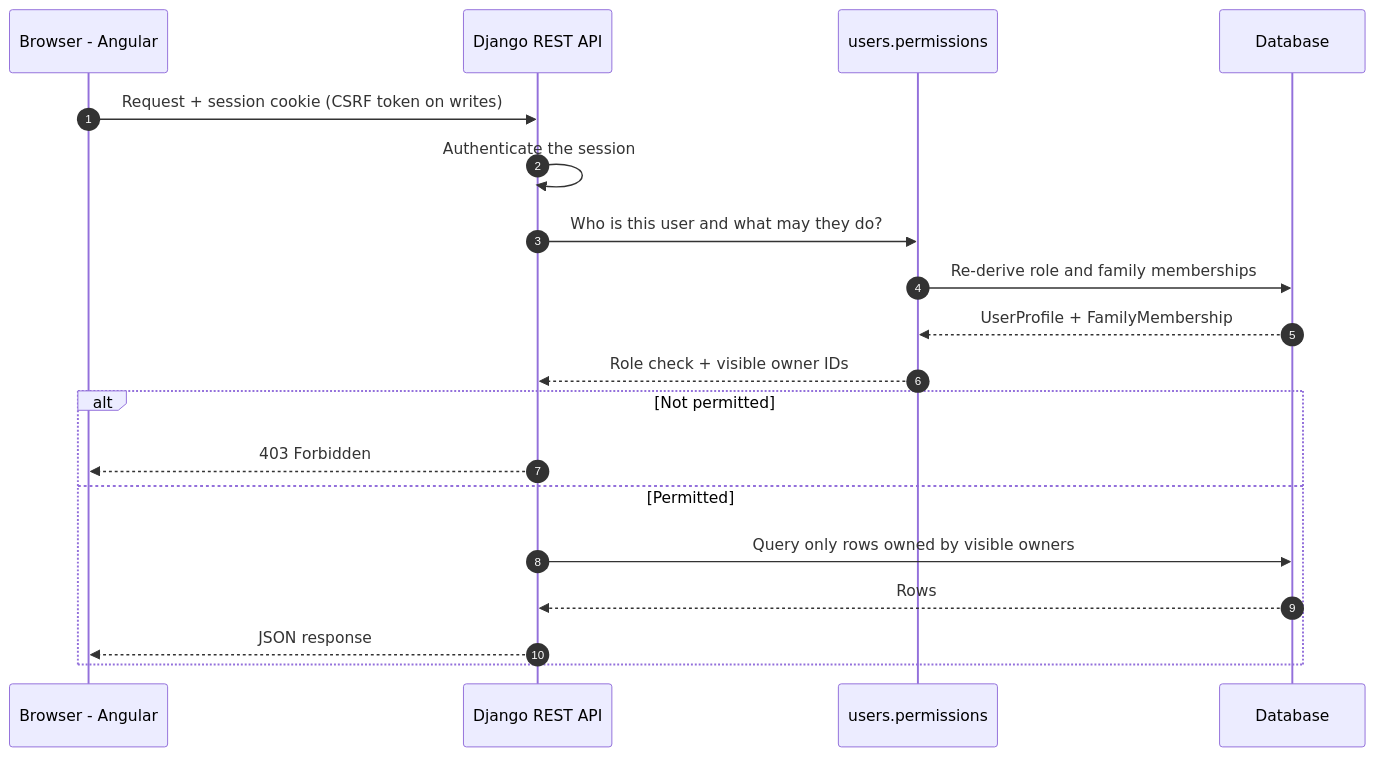
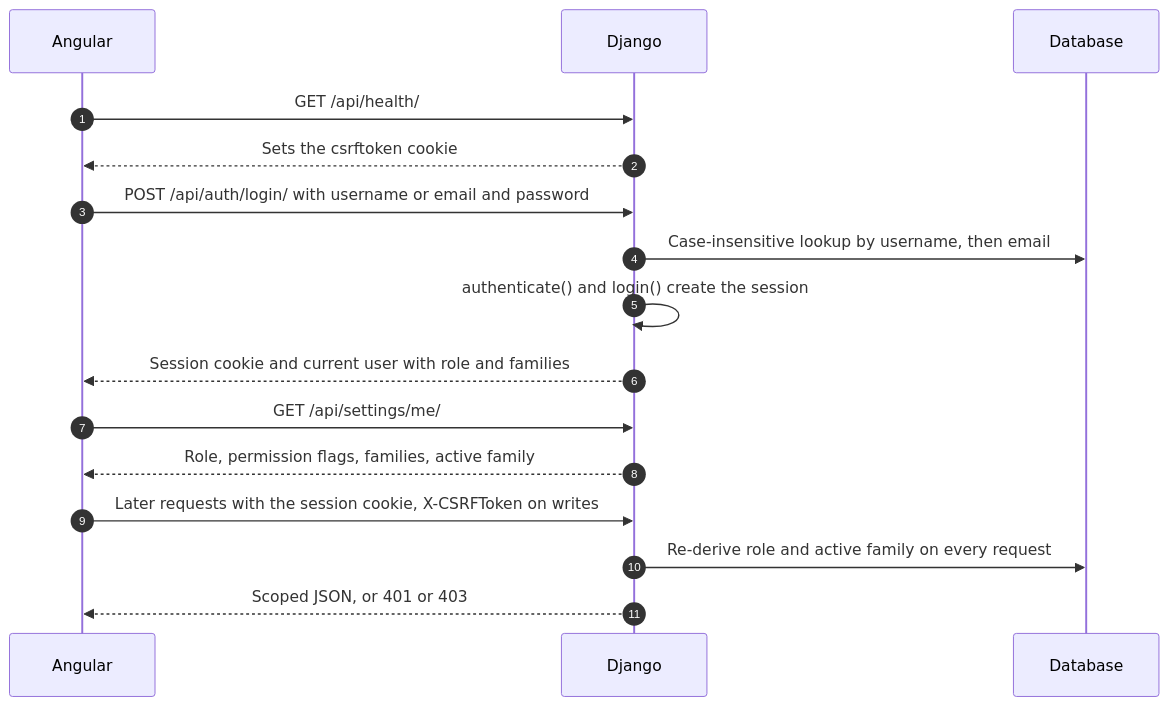
Before and after one commit to avviiiral/Personal_Wealth_Monitoring_System: the fourth of 7 diagrams in README.md, drawn with Mermaid. The commit also changed other lines of this file and 1 other file, not shown here.

````diff
--- a/README.md
+++ b/README.md
@@ -960,22 +431,19 @@
 ```mermaid
 sequenceDiagram
     autonumber
-    participant B as Browser - Angular
-    participant D as Django REST API
-    participant P as users.permissions
+    participant B as Angular
+    participant D as Django
     participant DB as Database
 
-    B->>D: Request + session cookie (CSRF token on writes)
-    D->>D: Authenticate the session
-    D->>P: Who is this user and what may they do?
-    P->>DB: Re-derive role and family memberships
-    DB-->>P: UserProfile + FamilyMembership
-    P-->>D: Role check + visible owner IDs
-    alt Not permitted
-        D-->>B: 403 Forbidden
-    else Permitted
-        D->>DB: Query only rows owned by visible owners
-        DB-->>D: Rows
-        D-->>B: JSON response
-    end
+    B->>D: GET /api/health/
+    D-->>B: Sets the csrftoken cookie
+    B->>D: POST /api/auth/login/ with username or email and password
+    D->>DB: Case-insensitive lookup by username, then email
+    D->>D: authenticate() and login() create the session
+    D-->>B: Session cookie and current user with role and families
+    B->>D: GET /api/settings/me/
+    D-->>B: Role, permission flags, families, active family
+    B->>D: Later requests with the session cookie, X-CSRFToken on writes
+    D->>DB: Re-derive role and active family on every request
+    D-->>B: Scoped JSON, or 401 or 403
 ```
````
